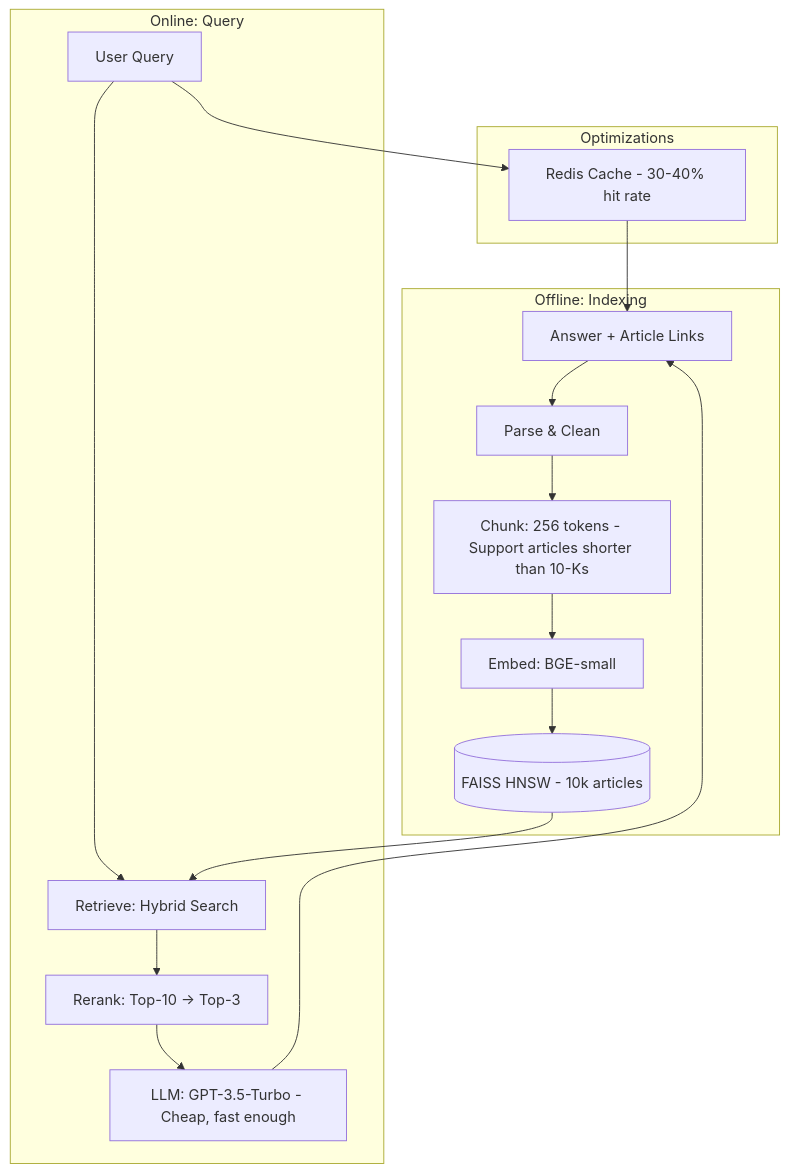
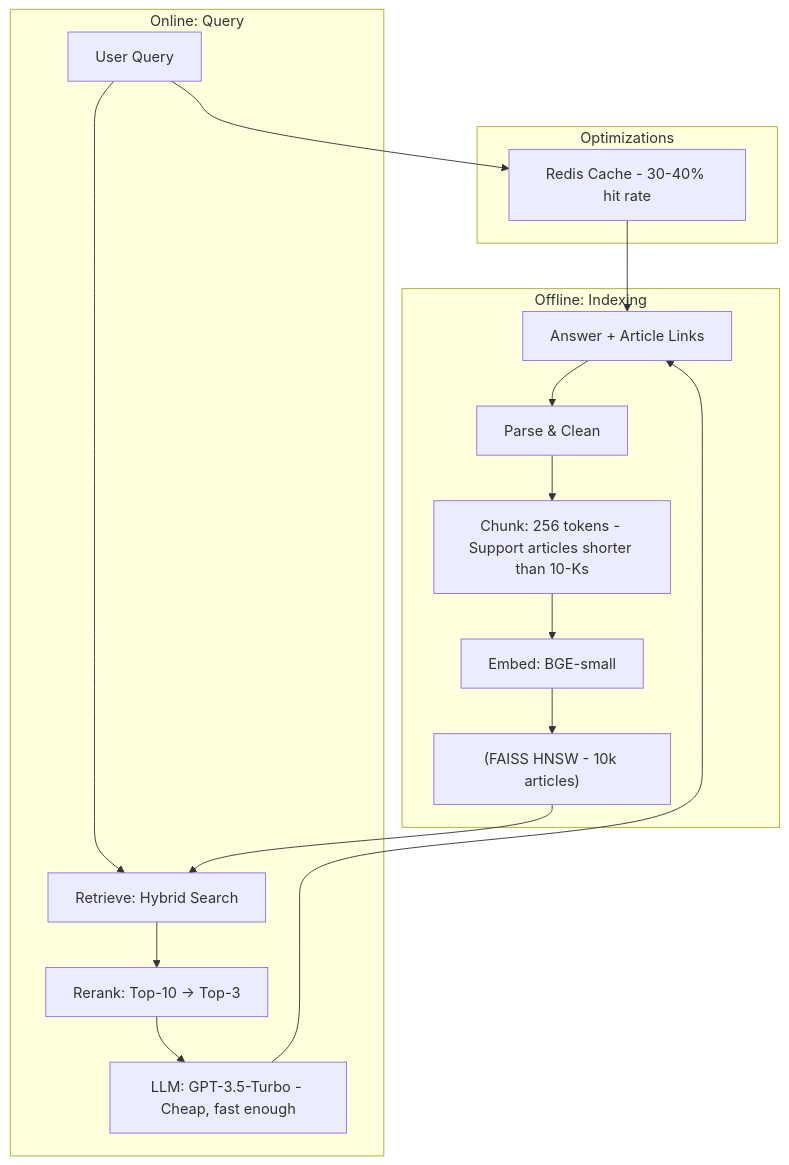
Before and after one commit to indhra/llm_rag_sec_findings: the first of 3 diagrams in docs/learning/10-interview-prep.md, drawn with Mermaid. The commit also changed other lines of this file and 9 other files, not shown here.

````diff
--- a/docs/learning/10-interview-prep.md
+++ b/docs/learning/10-interview-prep.md
@@ -394,22 +394,22 @@
 ```mermaid
 graph TB
     subgraph "Offline: Indexing"
         A[Support Articles] --> P[Parse & Clean]
-        P --> C[Chunk: 256 tokens - Support articles shorter than 10-Ks]
-        C --> E[Embed: BGE-small]
-        E --> V[(FAISS HNSW - 10k articles)]
+        P --> C["Chunk: 256 tokens - Support articles shorter than 10-Ks"]
+        C --> E["Embed: BGE-small"]
+        E --> V["(FAISS HNSW - 10k articles)"]
     end
     
     subgraph "Online: Query"
-        Q[User Query] --> R[Retrieve: Hybrid Search]
+        Q[User Query] --> R["Retrieve: Hybrid Search"]
         V --> R
-        R --> RR[Rerank: Top-10 → Top-3]
-        RR --> LLM[LLM: GPT-3.5-Turbo - Cheap, fast enough]
-        LLM --> A[Answer + Article Links]
+        R --> RR["Rerank: Top-10 → Top-3"]
+        RR --> LLM["LLM: GPT-3.5-Turbo - Cheap, fast enough"]
+        LLM --> A["Answer + Article Links"]
     end
     
     subgraph "Optimizations"
         Q --> Cache[Redis Cache - 30-40% hit rate]
         Cache --> A
     end
 ```
````
